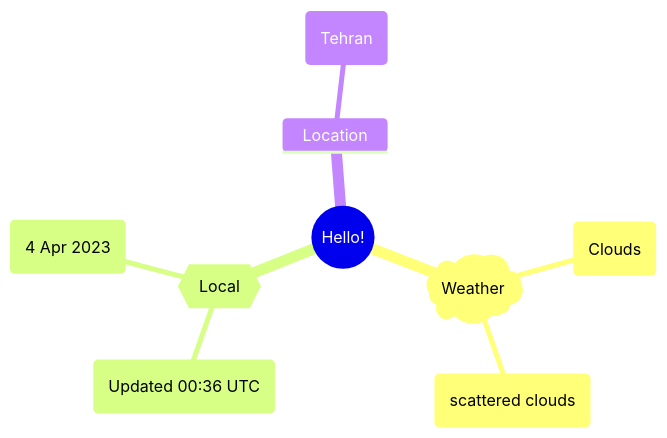
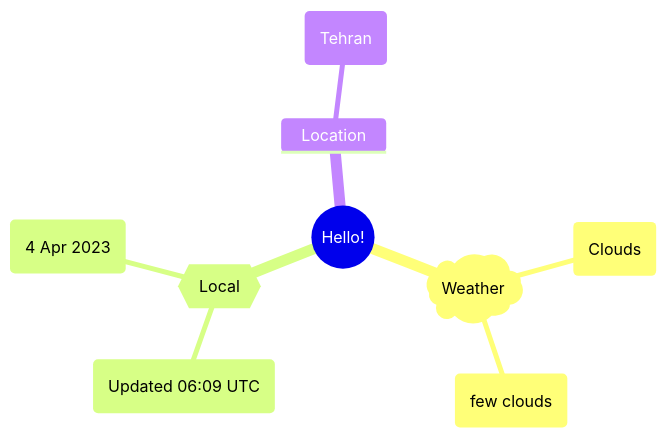
The first of 2 diagrams in README.md (Xosrov/Xosrov), drawn with Mermaid before and after one commit.

Commit message:
[bot] updated images

````diff
--- a/README.md
+++ b/README.md
@@ -3,12 +3,12 @@
 ```mermaid
 mindmap
   root((Hello!))
     )Weather(
         (Clouds)
-        (scattered clouds)
+        (few clouds)
     {{Local}}
-        (Updated 00:36 UTC)
+        (Updated 06:09 UTC)
         (4 Apr 2023)
     Location
         (Tehran)
 ```
````
